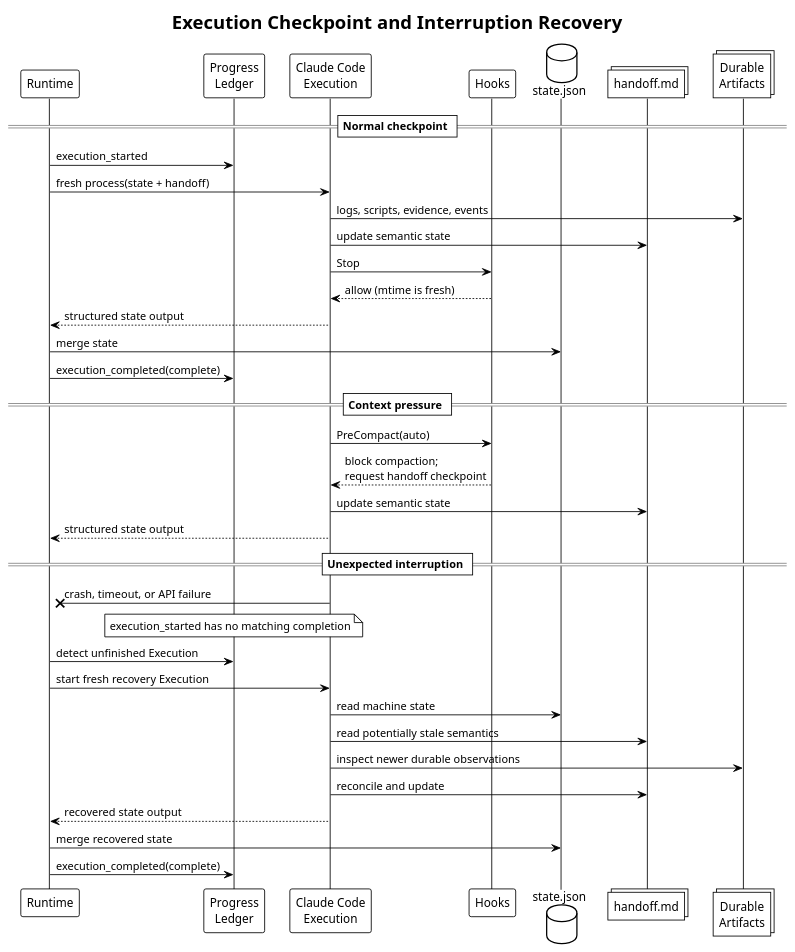
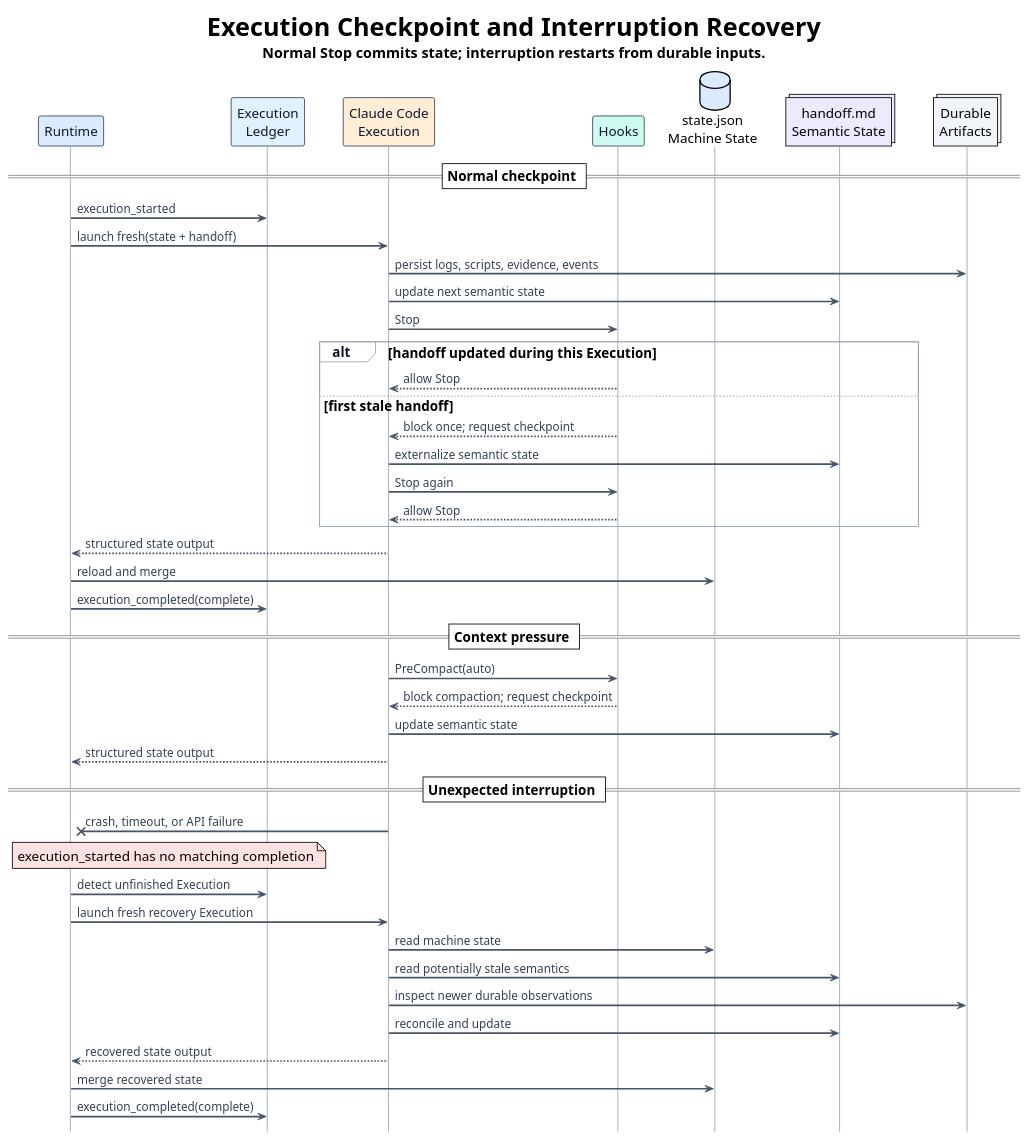
One commit to DoubleMice/aixctf changed the diagram in docs/architecture/diagrams/execution-checkpoint-recovery.puml. Above: the diagram before and after it, drawn with PlantUML. The commit also changed 9 other files, not shown here.

Commit message:
Refine state-driven architecture diagrams

```diff
--- a/docs/architecture/diagrams/execution-checkpoint-recovery.puml
+++ b/docs/architecture/diagrams/execution-checkpoint-recovery.puml
@@ -1,49 +1,75 @@
 @startuml
 !theme plain
+hide footbox
+scale max 1500 width
+
 skinparam backgroundColor #FFFFFF
 skinparam shadowing false
 skinparam defaultFontName Arial
+skinparam defaultFontSize 16
+skinparam sequence {
+  ArrowColor #475569
+  ArrowThickness 2
+  ArrowFontColor #334155
+  ArrowFontSize 14
+  LifeLineBorderColor #94A3B8
+  LifeLineBackgroundColor #FFFFFF
+  ParticipantBorderColor #334155
+  ParticipantFontColor #0F172A
+  ParticipantFontSize 16
+  ParticipantPadding 18
+  GroupBorderColor #94A3B8
+  GroupHeaderFontColor #0F172A
+  GroupFontSize 16
+}
 
-title Execution Checkpoint and Interruption Recovery
+title <size:30><b>Execution Checkpoint and Interruption Recovery</b></size>\n<size:17>Normal Stop commits state; interruption restarts from durable inputs.</size>
 
-participant "Runtime" as Runtime
-participant "Progress\nLedger" as Progress
-participant "Claude Code\nExecution" as Claude
-participant "Hooks" as Hooks
-database "state.json" as State
-collections "handoff.md" as Handoff
-collections "Durable\nArtifacts" as Artifacts
+participant "Runtime" as Runtime #DBEAFE
+participant "Execution\nLedger" as Ledger #E0F2FE
+participant "Claude Code\nExecution" as Claude #FFEDD5
+participant "Hooks" as Hooks #CCFBF1
+database "state.json\nMachine State" as State #DBEAFE
+collections "handoff.md\nSemantic State" as Handoff #EDE9FE
+collections "Durable\nArtifacts" as Artifacts #F1F5F9
 
 == Normal checkpoint ==
-Runtime -> Progress : execution_started
-Runtime -> Claude : fresh process(state + handoff)
-Claude -> Artifacts : logs, scripts, evidence, events
-Claude -> Handoff : update semantic state
+Runtime -> Ledger : execution_started
+Runtime -> Claude : launch fresh(state + handoff)
+Claude -> Artifacts : persist logs, scripts, evidence, events
+Claude -> Handoff : update next semantic state
 Claude -> Hooks : Stop
-Hooks --> Claude : allow (mtime is fresh)
+alt handoff updated during this Execution
+  Hooks --> Claude : allow Stop
+else first stale handoff
+  Hooks --> Claude : block once; request checkpoint
+  Claude -> Handoff : externalize semantic state
+  Claude -> Hooks : Stop again
+  Hooks --> Claude : allow Stop
+end
 Claude --> Runtime : structured state output
-Runtime -> State : merge state
-Runtime -> Progress : execution_completed(complete)
+Runtime -> State : reload and merge
+Runtime -> Ledger : execution_completed(complete)
 
 == Context pressure ==
 Claude -> Hooks : PreCompact(auto)
-Hooks --> Claude : block compaction;\nrequest handoff checkpoint
+Hooks --> Claude : block compaction; request checkpoint
 Claude -> Handoff : update semantic state
 Claude --> Runtime : structured state output
 
 == Unexpected interruption ==
 Claude -x Runtime : crash, timeout, or API failure
-note over Progress
+note over Runtime, Ledger #FEE2E2
   execution_started has no matching completion
 end note
-Runtime -> Progress : detect unfinished Execution
-Runtime -> Claude : start fresh recovery Execution
+Runtime -> Ledger : detect unfinished Execution
+Runtime -> Claude : launch fresh recovery Execution
 Claude -> State : read machine state
 Claude -> Handoff : read potentially stale semantics
 Claude -> Artifacts : inspect newer durable observations
 Claude -> Handoff : reconcile and update
 Claude --> Runtime : recovered state output
 Runtime -> State : merge recovered state
-Runtime -> Progress : execution_completed(complete)
+Runtime -> Ledger : execution_completed(complete)
 
 @enduml
```
